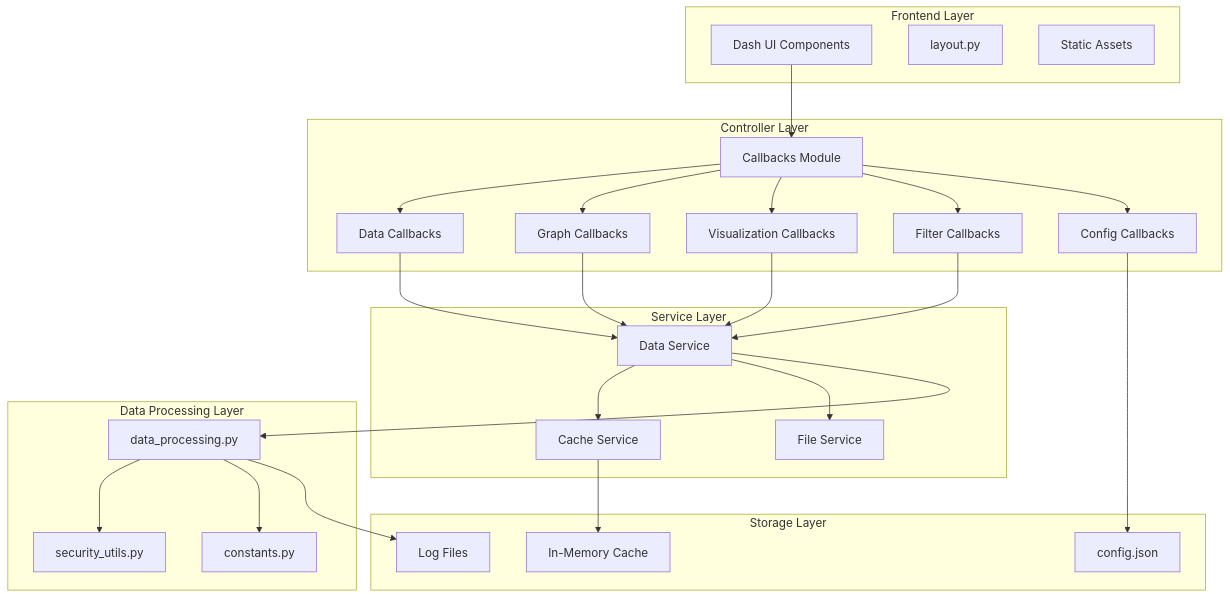
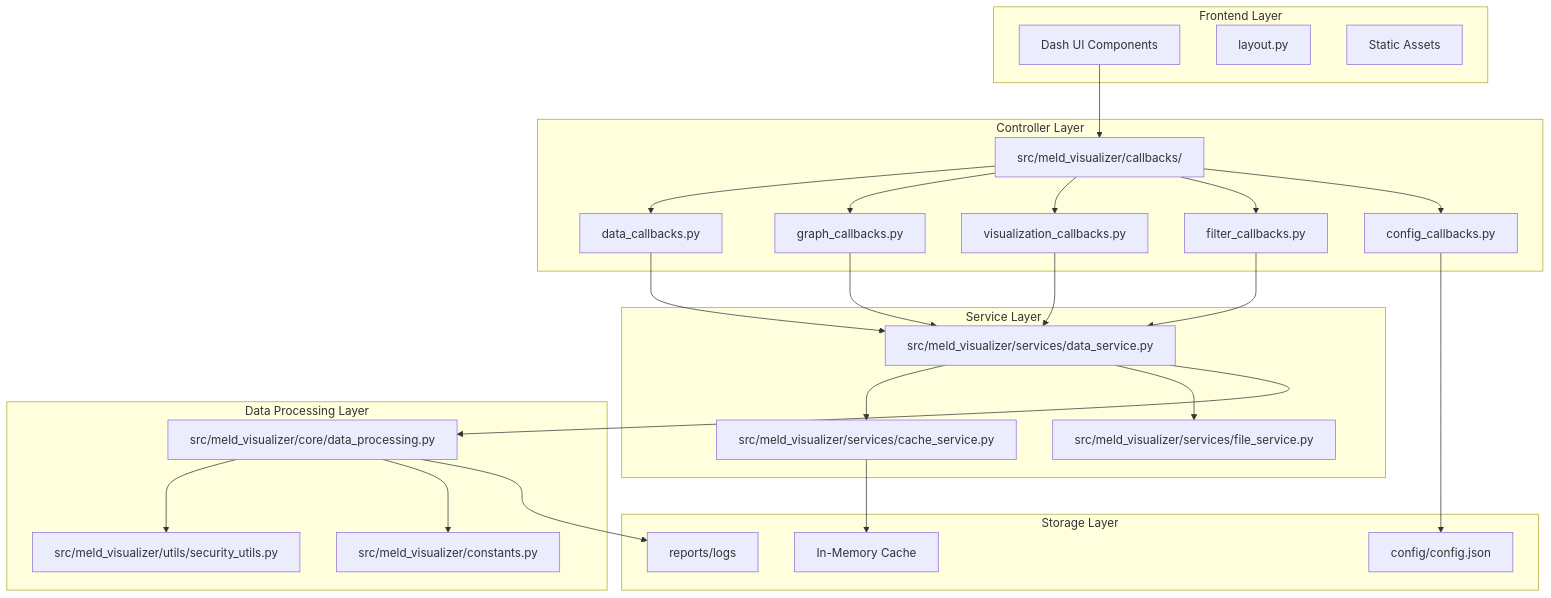
One commit to gregspruce/MELD_Visualizer changed the first of 9 diagrams in docs/architecture/architecture.md. Above: the diagram before and after it, drawn with Mermaid. The commit also changed other lines of this file and 105 other files, not shown here.

````diff
--- a/docs/architecture/architecture.md
+++ b/docs/architecture/architecture.md
@@ -5,58 +5,58 @@
 ```mermaid
 graph TB
     subgraph "Frontend Layer"
         UI[Dash UI Components]
         Layout[layout.py]
         Assets[Static Assets]
     end
     
     subgraph "Controller Layer"
-        CB[Callbacks Module]
-        DC[Data Callbacks]
-        GC[Graph Callbacks]
-        VC[Visualization Callbacks]
-        FC[Filter Callbacks]
-        CC[Config Callbacks]
+        CB[src/meld_visualizer/callbacks/]
+        DC[data_callbacks.py]
+        GC[graph_callbacks.py]
+        VC[visualization_callbacks.py]
+        FC[filter_callbacks.py]
+        CC[config_callbacks.py]
     end
     
     subgraph "Service Layer"
-        DS[Data Service]
-        CS[Cache Service]
-        FS[File Service]
+        DS[src/meld_visualizer/services/data_service.py]
+        CS[src/meld_visualizer/services/cache_service.py]
+        FS[src/meld_visualizer/services/file_service.py]
     end
     
     subgraph "Data Processing Layer"
-        DP[data_processing.py]
-        SU[security_utils.py]
-        Const[constants.py]
+        DP[src/meld_visualizer/core/data_processing.py]
+        SU[src/meld_visualizer/utils/security_utils.py]
+        Const[src/meld_visualizer/constants.py]
     end
     
     subgraph "Storage Layer"
-        Config[config.json]
+        Config[config/config.json]
         Cache[In-Memory Cache]
-        Logs[Log Files]
+        Logs[reports/logs]
     end
     
     UI --> CB
     CB --> DC
     CB --> GC
     CB --> VC
     CB --> FC
     CB --> CC
     
     DC --> DS
     GC --> DS
     VC --> DS
     FC --> DS
     
     DS --> CS
     DS --> FS
     DS --> DP
     
     DP --> SU
     DP --> Const
     
     CS --> Cache
     CC --> Config
     DP --> Logs
 ```
````
